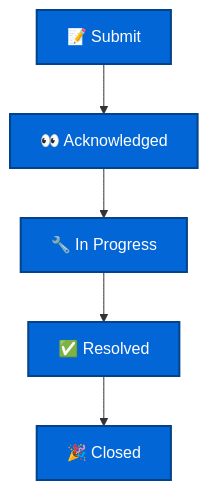
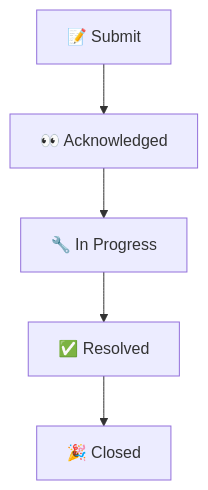
One commit to deng-group/helpdesk changed the diagram in README.md. Above: the diagram before and after it, drawn with Mermaid.

Commit message:
Remove redundant flowchart styles for cleaner README presentation

````diff
--- a/README.md
+++ b/README.md
@@ -29,13 +29,7 @@
 ```mermaid
 flowchart TD
     A["📝 Submit"] --> B["👀 Acknowledged"]
     B --> C["🔧 In Progress"]
     C --> D["✅ Resolved"]
     D --> E["🎉 Closed"]
-
-    style A fill:#0366d6,stroke:#044289,stroke-width:2px,color:#fff
-    style B fill:#0366d6,stroke:#044289,stroke-width:2px,color:#fff
-    style C fill:#0366d6,stroke:#044289,stroke-width:2px,color:#fff
-    style D fill:#0366d6,stroke:#044289,stroke-width:2px,color:#fff
-    style E fill:#0366d6,stroke:#044289,stroke-width:2px,color:#fff
 ```
````
